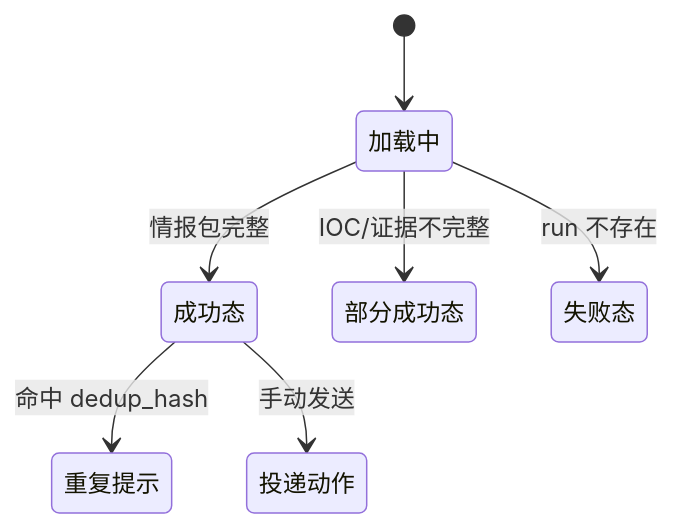
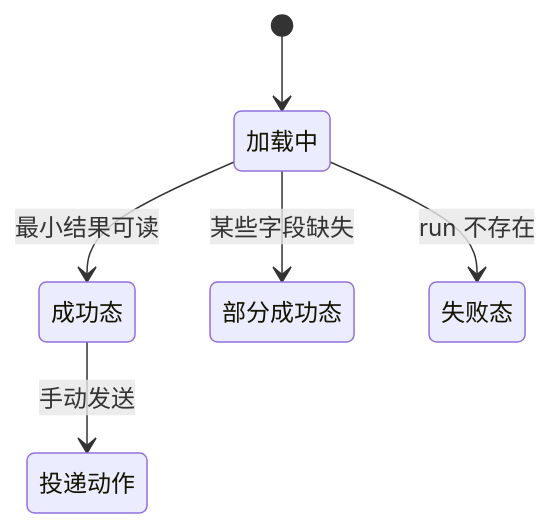
Before and after one commit to coeoo/AetherFlow: the second of 2 diagrams in docs/13-界面设计/P204-安全公告情报包详情页面设计.md, drawn with Mermaid. The commit also changed other lines of this file and 26 other files, not shown here.

````diff
--- a/docs/13-界面设计/P204-安全公告情报包详情页面设计.md
+++ b/docs/13-界面设计/P204-安全公告情报包详情页面设计.md
@@ -94,9 +94,8 @@
 ```mermaid
 stateDiagram-v2
     [*] --> 加载中
-    加载中 --> 成功态 : 情报包完整
-    加载中 --> 部分成功态 : IOC/证据不完整
+    加载中 --> 成功态 : 最小结果可读
+    加载中 --> 部分成功态 : 某些字段缺失
     加载中 --> 失败态 : run 不存在
-    成功态 --> 重复提示 : 命中 dedup_hash
     成功态 --> 投递动作 : 手动发送
 ```
````
